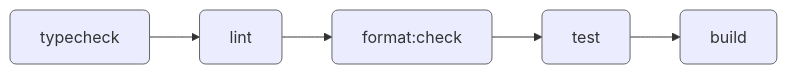
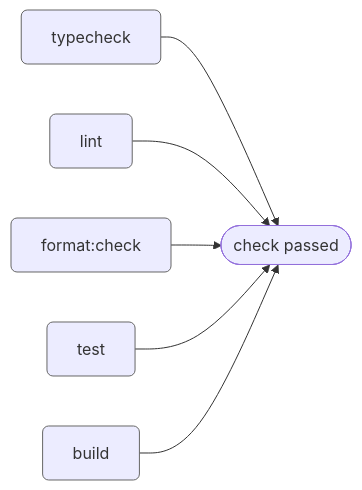
One commit to nykonhrytsyshyn/rhumb changed the sixth of 6 diagrams in README.md. Above: the diagram before and after it, drawn with Mermaid. The commit also changed other lines of this file and 7 other files, not shown here.

````diff
--- a/README.md
+++ b/README.md
@@ -534,7 +535,7 @@
 ```mermaid
 flowchart LR
-  A["typecheck"] --> B["lint"] --> C["format:check"] --> D["test"] --> E["build"]
+  A["typecheck"] & B["lint"] & C["format:check"] & D["test"] & E["build"] --> F([" check passed "])
 
   classDef step stroke:#666, rx:6, ry:6
   class A,B,C,D,E step
 ```
````
